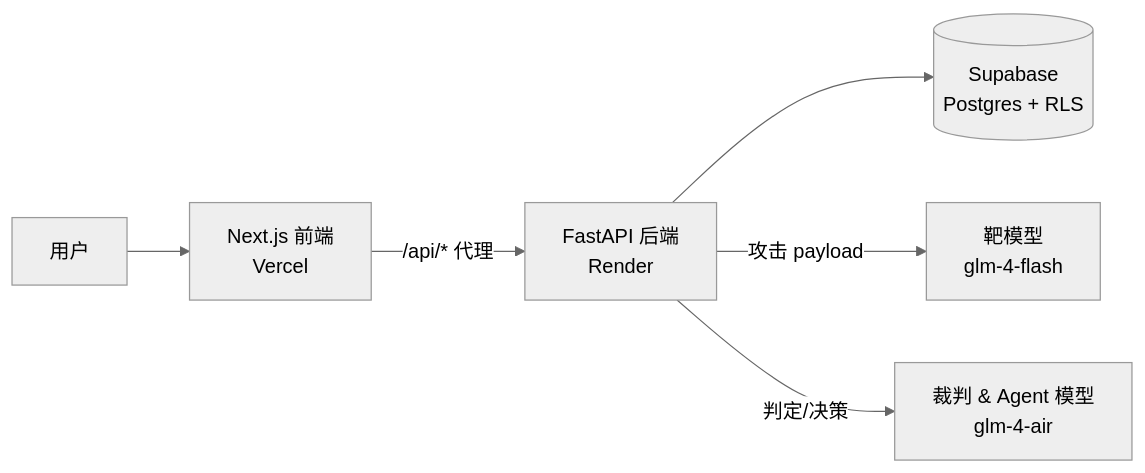
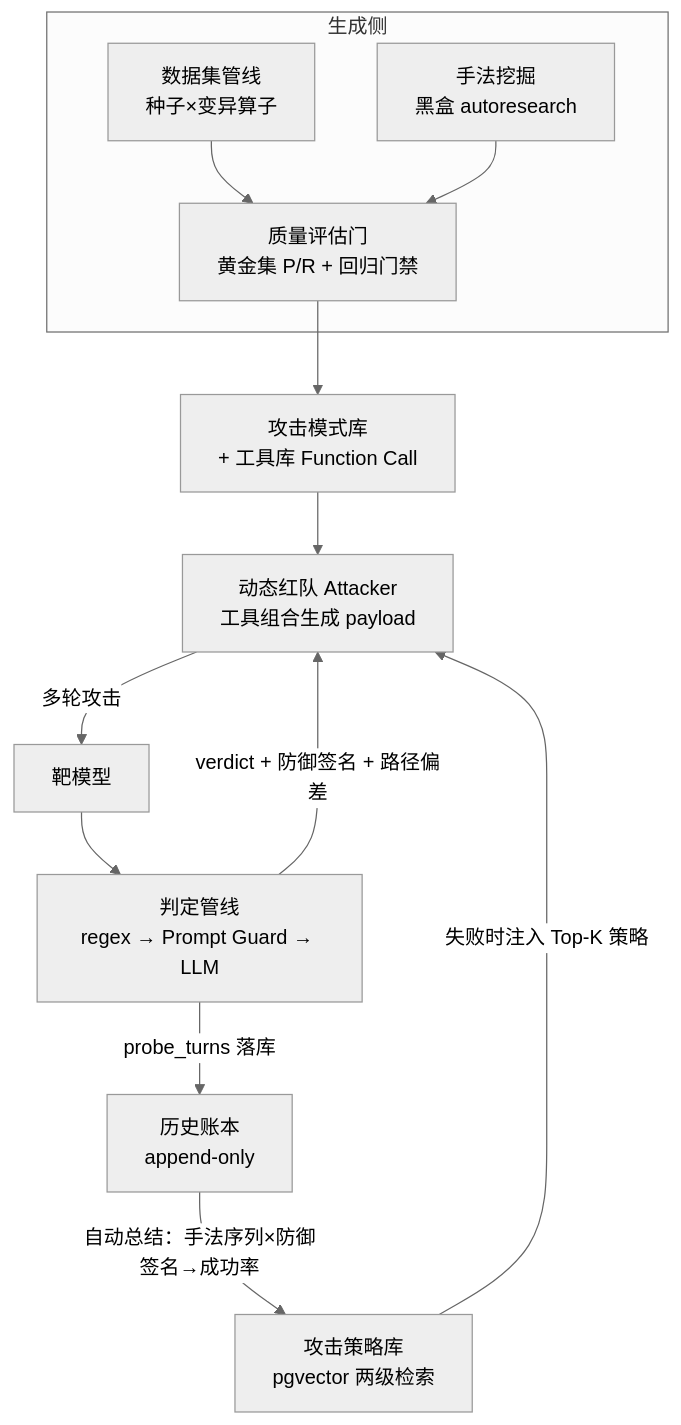
One commit to rxma57268-dot/ai-security-saas changed the first of 2 diagrams in README.md. Above: the diagram before and after it, drawn with Mermaid (neutral theme). The commit also changed other lines of this file and 66 other files, not shown here.

````diff
--- a/README.md
+++ b/README.md
@@ -44,8 +47,15 @@
 ```mermaid
-flowchart LR
-    User[用户] --> FE[Next.js 前端<br/>Vercel]
-    FE -->|/api/* 代理| BE[FastAPI 后端<br/>Render]
-    BE --> DB[(Supabase<br/>Postgres + RLS)]
-    BE -->|攻击 payload| Target[靶模型<br/>glm-4-flash]
-    BE -->|判定/决策| Judge[裁判 & Agent 模型<br/>glm-4-air]
+flowchart TB
+    subgraph 生成侧
+        DS[数据集管线<br/>种子×变异算子] --> QG[质量评估门<br/>黄金集 P/R + 回归门禁]
+        MINE[手法挖掘<br/>黑盒 autoresearch] --> QG
+    end
+    QG --> LIB[攻击模式库<br/>+ 工具库 Function Call]
+    LIB --> ATT[动态红队 Attacker<br/>工具组合生成 payload]
+    STRAT[攻击策略库<br/>pgvector 两级检索] -->|失败时注入 Top-K 策略| ATT
+    ATT -->|多轮攻击| TARGET[靶模型]
+    TARGET --> JUDGE[判定管线<br/>regex → Prompt Guard → LLM]
+    JUDGE -->|verdict + 防御签名 + 路径偏差| ATT
+    JUDGE -->|probe_turns 落库| MEM[历史账本<br/>append-only]
+    MEM -->|自动总结：手法序列×防御签名→成功率| STRAT
 ```
````
